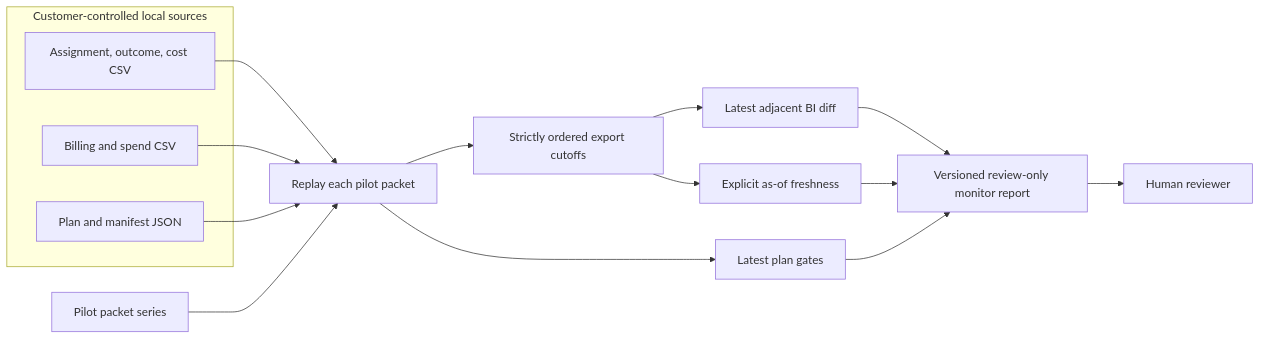
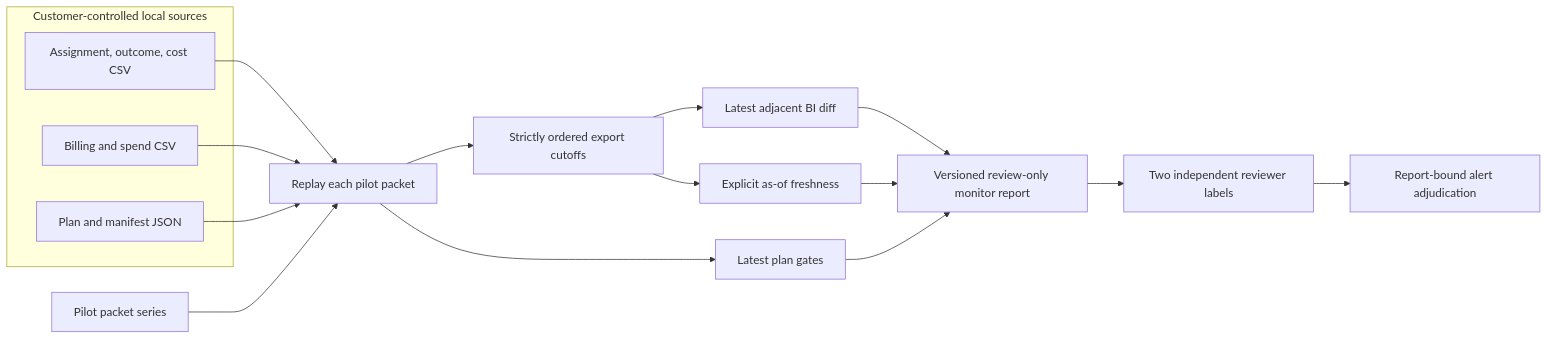
Before and after one commit to AAH20/growth-decision-engine: the diagram in docs/continuous-bi.md, drawn with Mermaid. The commit also changed other lines of this file and 7 other files, not shown here.

Commit message:
Add report-bound alert review evaluation

````diff
--- a/docs/continuous-bi.md
+++ b/docs/continuous-bi.md
@@ -7,20 +7,21 @@
 ```mermaid
 flowchart LR
   subgraph Sources[Customer-controlled local sources]
     A[Assignment, outcome, cost CSV]
     B[Billing and spend CSV]
     P[Plan and manifest JSON]
   end
   A --> V[Replay each pilot packet]
   B --> V
   P --> V
   PK[Pilot packet series] --> V
   V --> T[Strictly ordered export cutoffs]
   T --> D[Latest adjacent BI diff]
   T --> F[Explicit as-of freshness]
   V --> G[Latest plan gates]
   D --> R[Versioned review-only monitor report]
   F --> R
   G --> R
-  R --> H[Human reviewer]
+  R --> H[Two independent reviewer labels]
+  H --> E[Report-bound alert adjudication]
 ```
````
